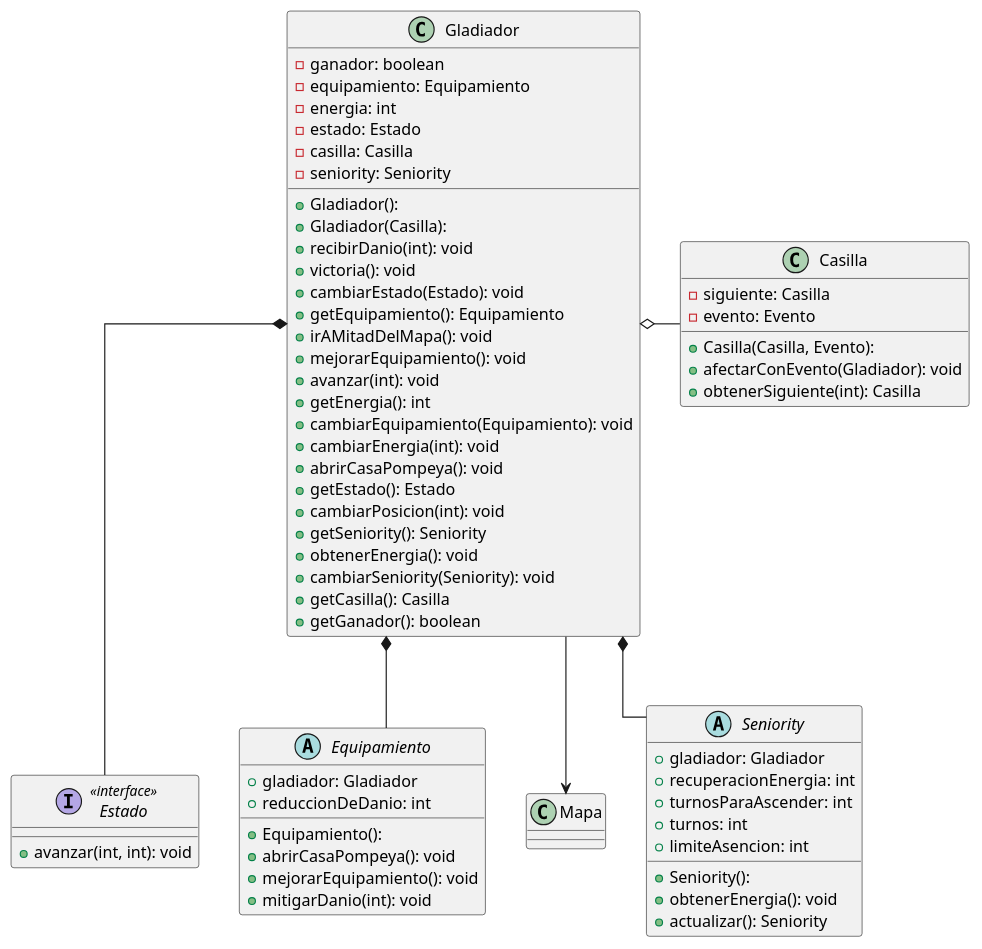
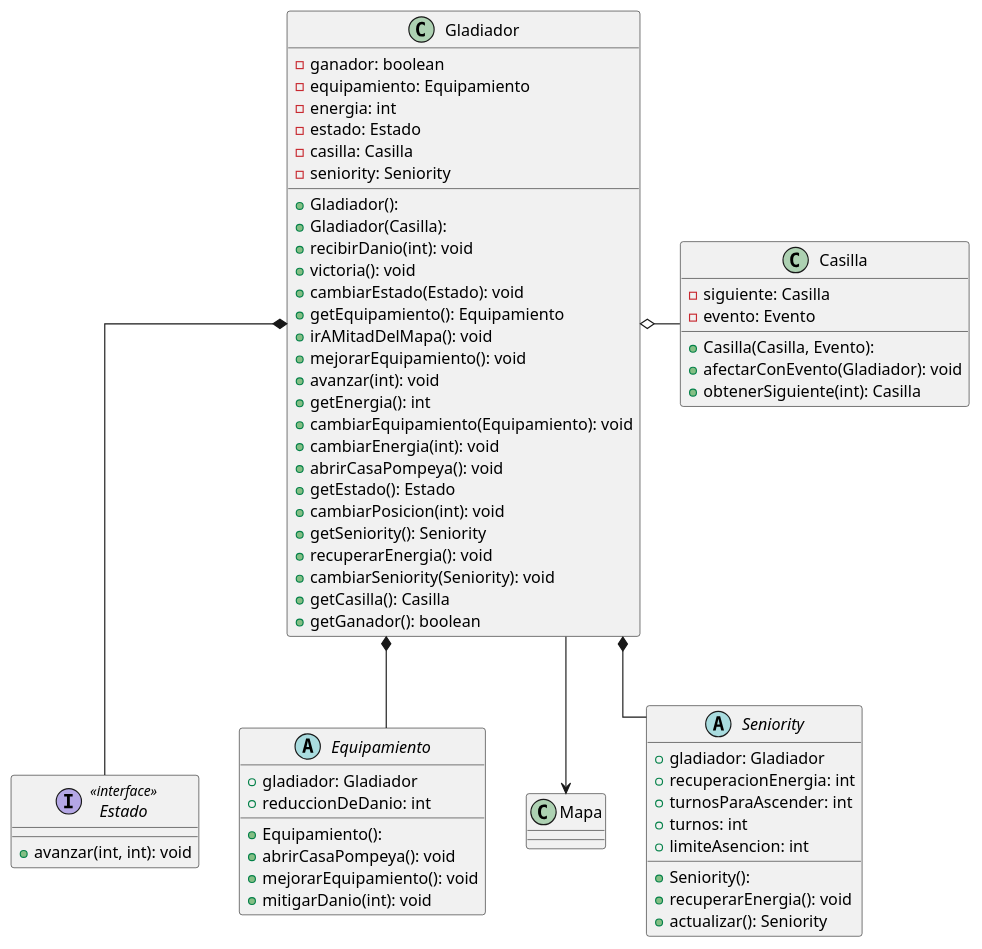
One commit to mcumskov/Algo3_tp2 changed the diagram in diagrams/classes/DiagramaGladiador.puml. Above: the diagram before and after it, drawn with PlantUML. The commit also changed 5 other files, not shown here.

```diff
--- a/diagrams/classes/DiagramaGladiador.puml
+++ b/diagrams/classes/DiagramaGladiador.puml
@@ -1,77 +1,77 @@
 @startuml
 
 skinparam linetype ortho
 
 interface Estado << interface >> {
   + avanzar(int, int): void
 }
 
 abstract class Equipamiento {
   + Equipamiento():
   + gladiador: Gladiador
   + reduccionDeDanio: int
   + abrirCasaPompeya(): void
   + mejorarEquipamiento(): void
   + mitigarDanio(int): void
 }
 
 class Mapa{
 }
 
 abstract class Seniority {
   + Seniority():
   + gladiador: Gladiador
   + recuperacionEnergia: int
   + turnosParaAscender: int
   + turnos: int
   + limiteAsencion: int
-  + obtenerEnergia(): void
+  + recuperarEnergia(): void
   + actualizar(): Seniority
 }
 
 class Casilla {
   + Casilla(Casilla, Evento):
   - siguiente: Casilla
   - evento: Evento
   + afectarConEvento(Gladiador): void
   + obtenerSiguiente(int): Casilla
 }
 
 
 
 class Gladiador {
   + Gladiador():
   + Gladiador(Casilla):
   - ganador: boolean
   - equipamiento: Equipamiento
   - energia: int
   - estado: Estado
   - casilla: Casilla
   - seniority: Seniority
   + recibirDanio(int): void
   + victoria(): void
   + cambiarEstado(Estado): void
   + getEquipamiento(): Equipamiento
   + irAMitadDelMapa(): void
   + mejorarEquipamiento(): void
   + avanzar(int): void
   + getEnergia(): int
   + cambiarEquipamiento(Equipamiento): void
   + cambiarEnergia(int): void
   + abrirCasaPompeya(): void
   + getEstado(): Estado
   + cambiarPosicion(int): void
   + getSeniority(): Seniority
-  + obtenerEnergia(): void
+  + recuperarEnergia(): void
   + cambiarSeniority(Seniority): void
   + getCasilla(): Casilla
   + getGanador(): boolean
 }
 
 Gladiador   *--  Estado
 Gladiador   *--  Equipamiento
 Gladiador   *--  Seniority
 Gladiador   o- Casilla
 Gladiador --> Mapa
 
 @enduml
```
